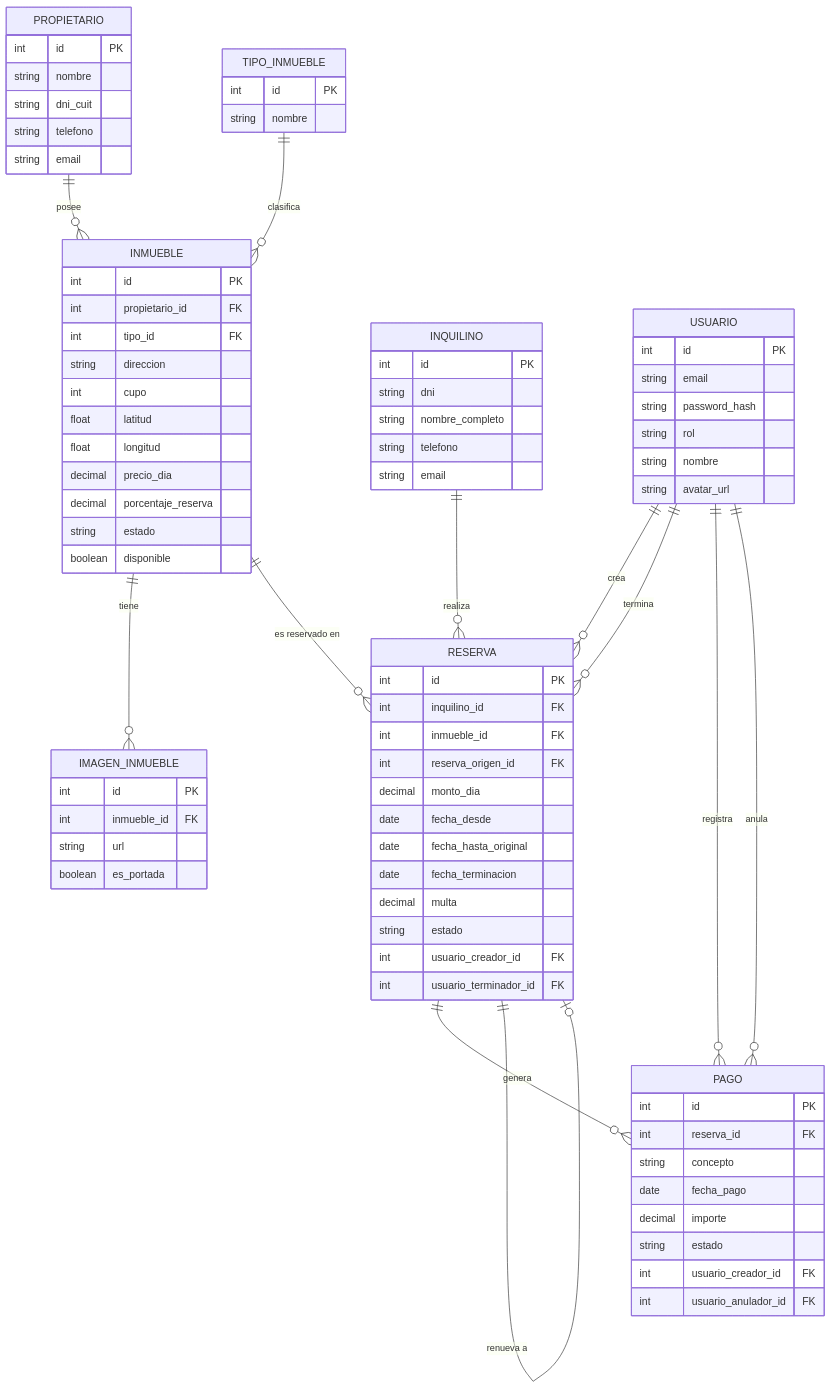
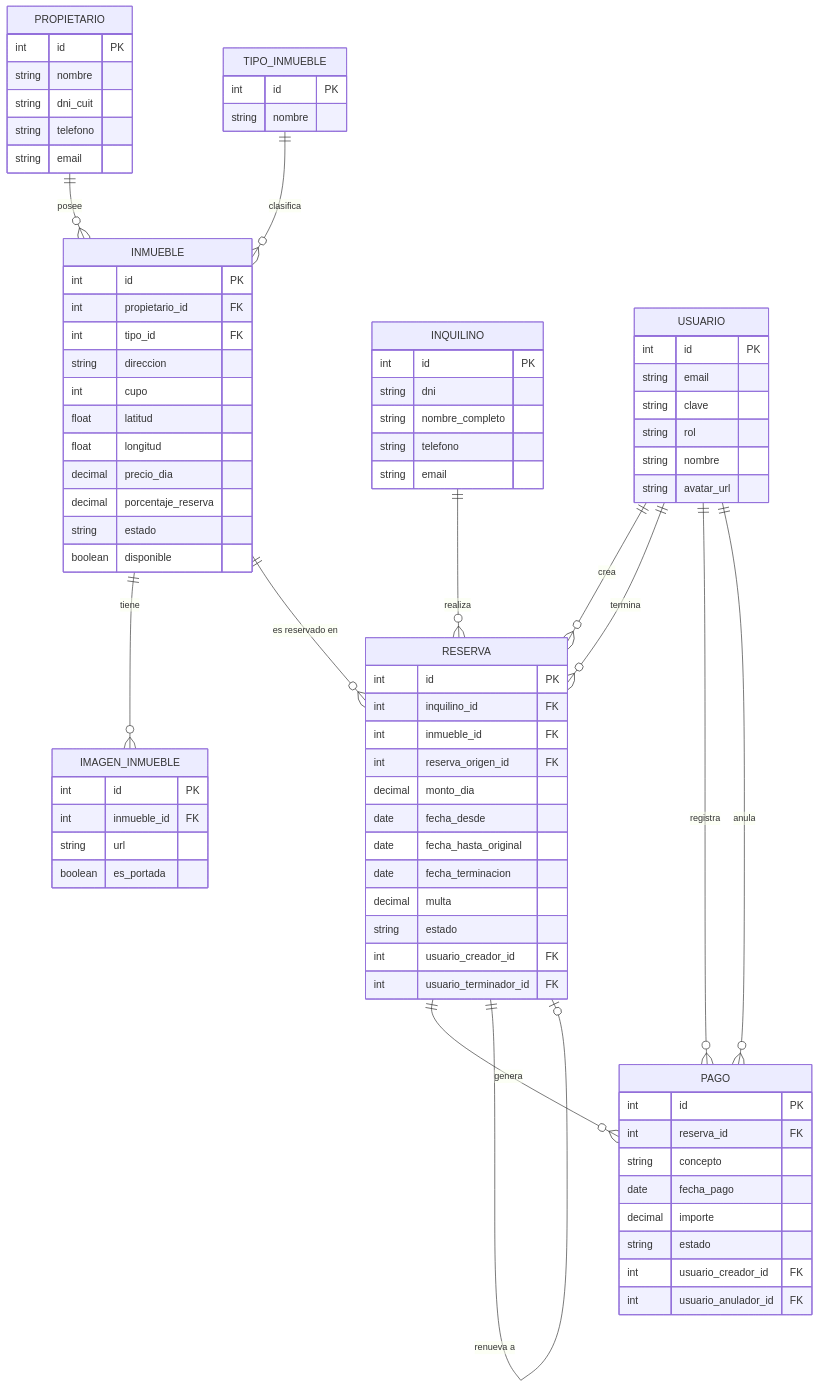
Before and after one commit to hernanf5/inmobiliariaFUNES: the diagram in readme.md, drawn with Mermaid. The commit also changed other lines of this file and 20 other files, not shown here.

```diff
--- a/readme.md
+++ b/readme.md
@@ -40,7 +38,7 @@
     USUARIO ||--o{ RESERVA : termina
     USUARIO ||--o{ PAGO : registra
     USUARIO ||--o{ PAGO : anula
-
+ 
     PROPIETARIO {
         int id PK
         string nombre
@@ -48,12 +46,12 @@
         string telefono
         string email
     }
-
+ 
     TIPO_INMUEBLE {
         int id PK
         string nombre
     }
-
+ 
     INMUEBLE {
         int id PK
         int propietario_id FK
@@ -67,14 +65,14 @@
         string estado
         boolean disponible
     }
-
+ 
     IMAGEN_INMUEBLE {
         int id PK
         int inmueble_id FK
         string url
         boolean es_portada
     }
-
+ 
     INQUILINO {
         int id PK
         string dni
@@ -82,7 +80,7 @@
         string telefono
         string email
     }
-
+ 
     RESERVA {
         int id PK
         int inquilino_id FK
@@ -97,7 +95,7 @@
         int usuario_creador_id FK
         int usuario_terminador_id FK
     }
-
+ 
     PAGO {
         int id PK
         int reserva_id FK
@@ -108,11 +106,11 @@
         int usuario_creador_id FK
         int usuario_anulador_id FK
     }
-
+ 
     USUARIO {
         int id PK
         string email
-        string password_hash
+        string clave
         string rol
         string nombre
         string avatar_url
```
